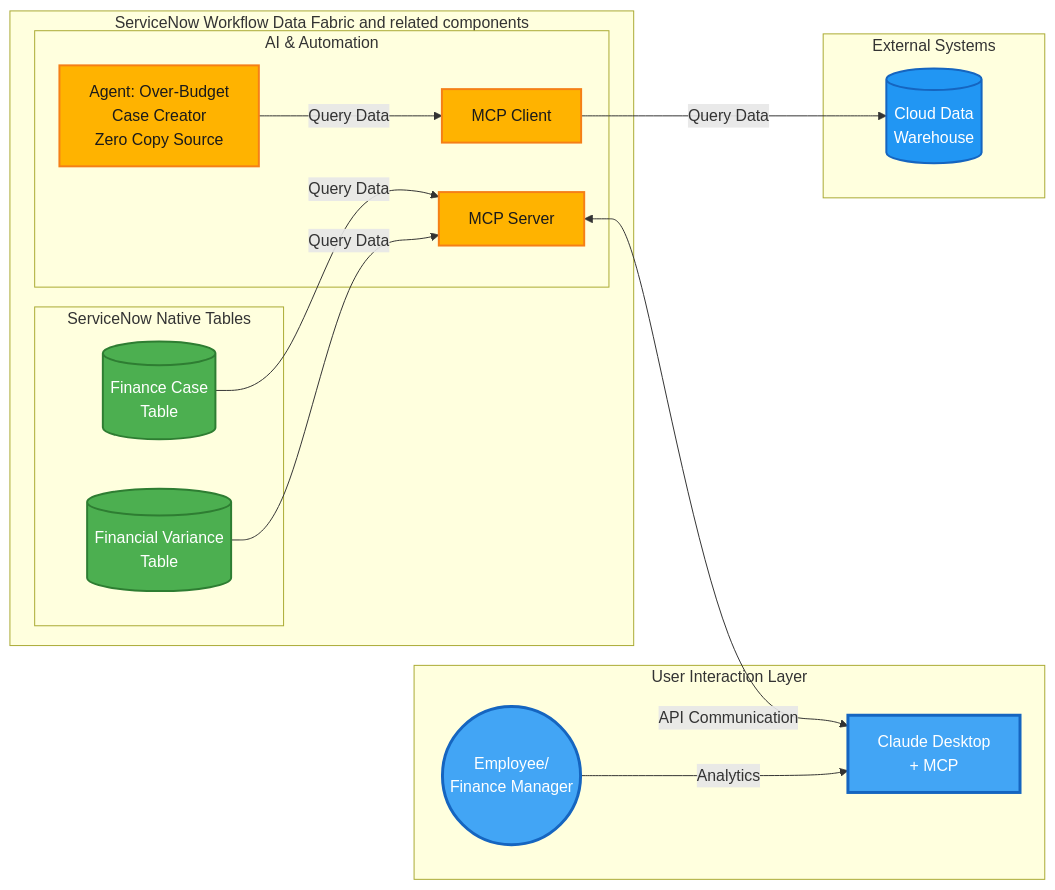
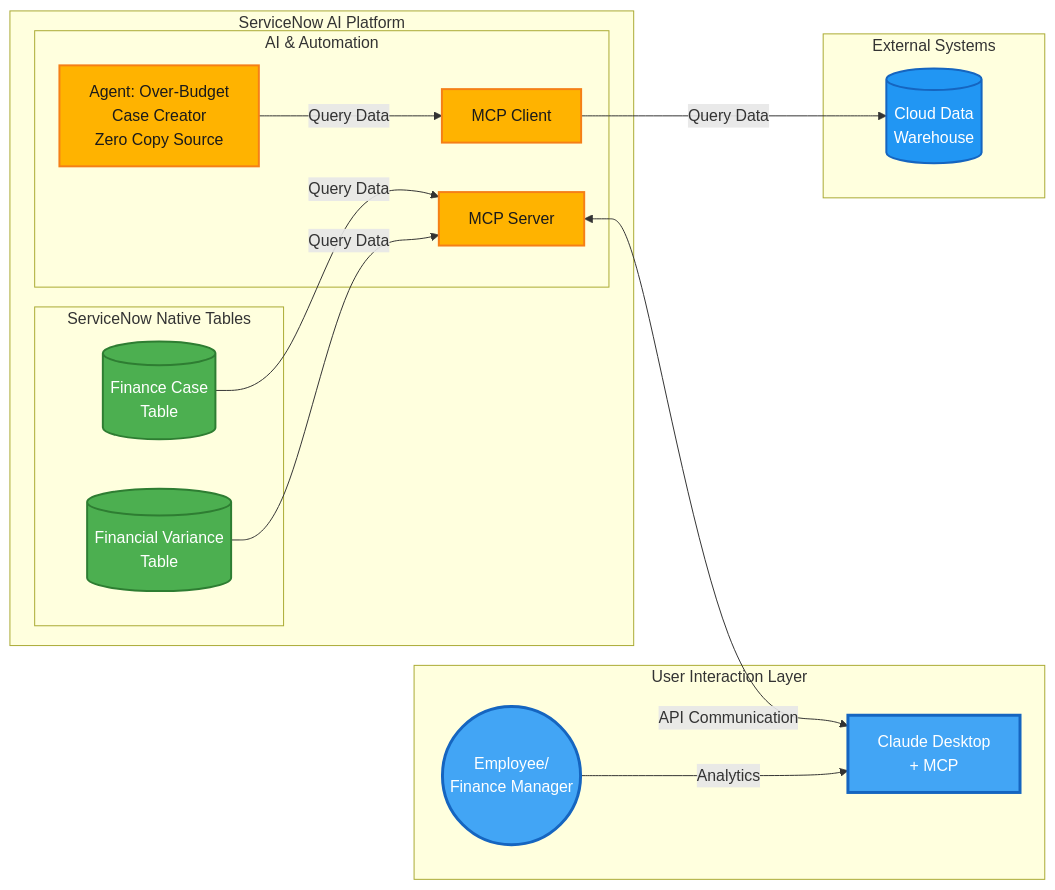
The diagram in extended-exercises/lab-exercise-model-context-protocol-server-client.md (leojacinto/WorkflowDataFabric-TypeA), drawn with Mermaid before and after one commit. The commit also changed 5 other files, not shown here.

````diff
--- a/extended-exercises/lab-exercise-model-context-protocol-server-client.md
+++ b/extended-exercises/lab-exercise-model-context-protocol-server-client.md
@@ -19,52 +19,52 @@
 ```mermaid
 graph LR
     subgraph "User Interaction Layer"
         Employee((Employee/<br/>Finance Manager))
         ClaudeDesktop[Claude Desktop<br/>+ MCP]
     end
 
     subgraph "External Systems"
         CDW[(Cloud Data<br/>Warehouse)]
     end
 
-    subgraph "ServiceNow Workflow Data Fabric and related components"
+    subgraph "ServiceNow AI Platform"
         subgraph "ServiceNow Native Tables"
             FinCase[(Finance Case<br/>Table)]
             FinVar[(Financial Variance<br/>Table)]
         end
 
         subgraph AI[AI & Automation]
             Agent1[Agent: Over-Budget<br/>Case Creator<br/>Zero Copy Source]
             MCPS[MCP Server]
             MCPC[MCP Client]
         end
     end
 
     %% MCP Server Connection
     FinVar -->|Query Data| MCPS
     FinCase -->|Query Data| MCPS
     MCPS <-->|API Communication| ClaudeDesktop
 
     %% MCP Client Connection
     Agent1 -->|Query Data| MCPC
     MCPC -->|Query Data| CDW
 
     %% User Interaction Connections
     Employee -->|Analytics| ClaudeDesktop
 
     %% Styling
     classDef external fill:#2196F3,stroke:#1565C0,stroke-width:2px,color:#fff
     classDef integration fill:#FF9800,stroke:#E65100,stroke-width:2px,color:#fff
     classDef zeroCopy fill:#9C27B0,stroke:#6A1B9A,stroke-width:2px,color:#fff
     classDef native fill:#4CAF50,stroke:#2E7D32,stroke-width:2px,color:#fff
     classDef ai fill:#FFB300,stroke:#F57F17,stroke-width:2px,color:#1a1a1a
     classDef user fill:#42A5F5,stroke:#1565C0,stroke-width:3px,color:#fff
 
     class ERP,ExpenseAPI,SharePoint,CDW,MockERP,MockExpense,MockCDW external
     class ZeroCopySQL,ZeroCopyERP,IntHub,ExtContent integration
     class ZCCC,ZCCH,ZCCO,ZCExp zeroCopy
     class ExpenseTable,FinCase,FinVar native
     class Agent1,Agent2,Agent3,RAG,NASK,FlowAction,MCPS,MCPC,Lens,DocIntel ai
     class Employee,EC,ClaudeDesktop user
 
 ```
````
